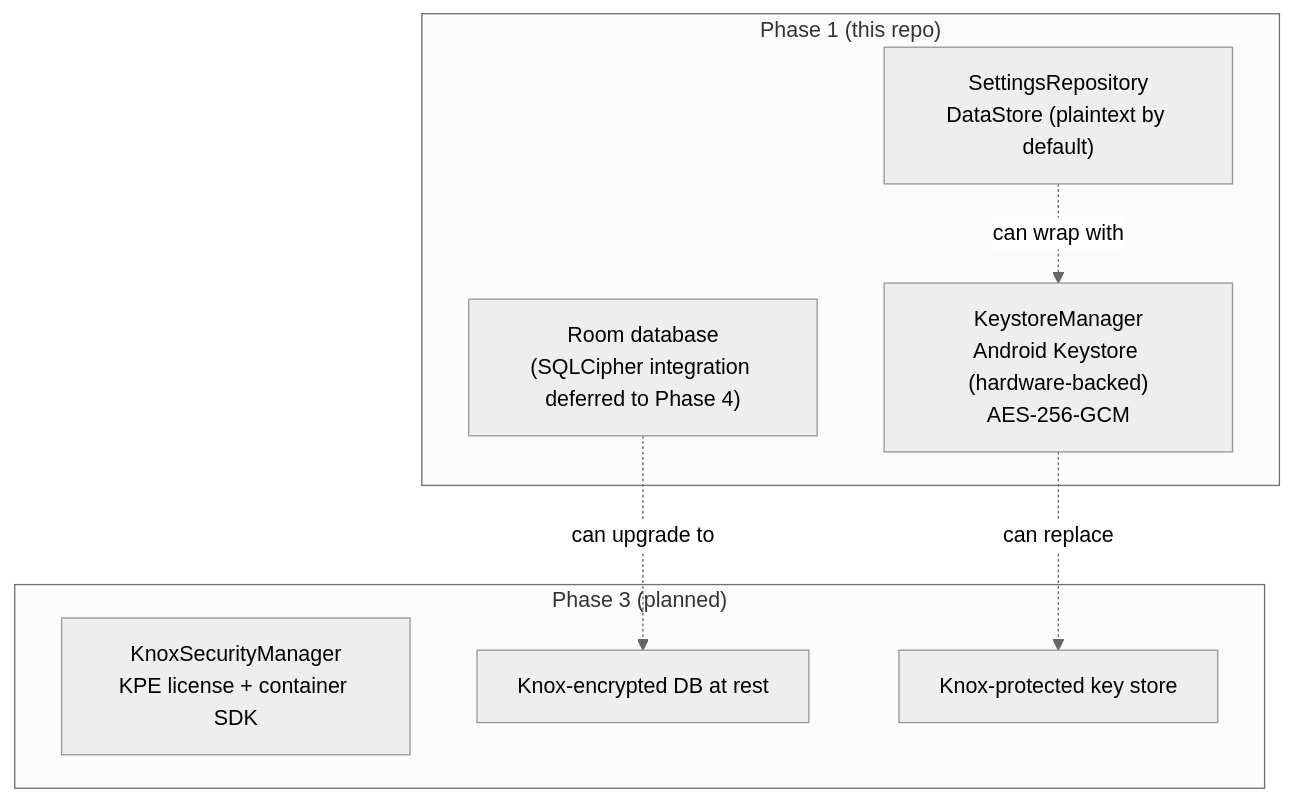
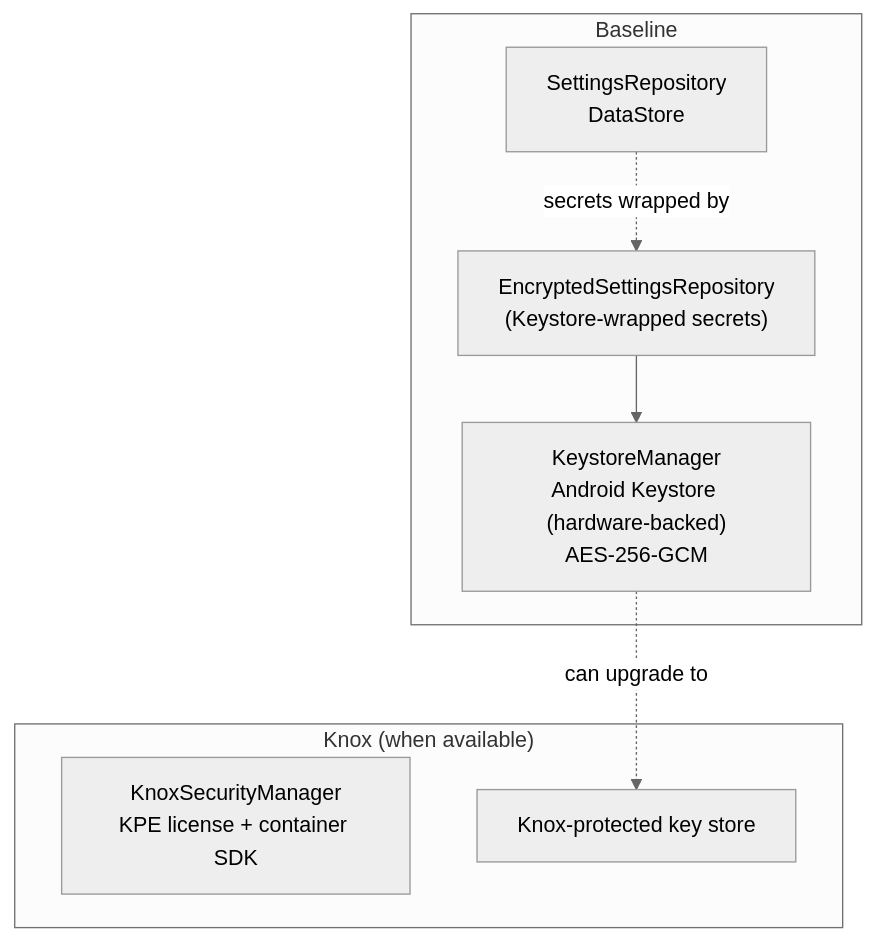
The sixth of 7 diagrams in docs/ARCHITECTURE.md (l3ad3r1/Hermes-Agent-Android), drawn with Mermaid (neutral theme) before and after one commit. The commit also changed other lines of this file and 3 other files, not shown here.

First line of the commit message:
refactor: remove dead on-device routing leftovers + refresh architecture doc

````diff
--- a/docs/ARCHITECTURE.md
+++ b/docs/ARCHITECTURE.md
@@ -281,18 +292,17 @@
 ```mermaid
 flowchart TB
-    subgraph Phase1["Phase 1 (this repo)"]
+    subgraph Base["Baseline"]
         Keystore["KeystoreManager\nAndroid Keystore (hardware-backed)\nAES-256-GCM"]
-        DataStore["SettingsRepository\nDataStore (plaintext by default)"]
-        RoomEnc["Room database\n(SQLCipher integration deferred to Phase 4)"]
+        DataStore["SettingsRepository\nDataStore"]
+        EncSettings["EncryptedSettingsRepository\n(Keystore-wrapped secrets)"]
     end
 
-    subgraph Phase3["Phase 3 (planned)"]
-        Knox["KnoxSecurityManager\nKPE license + container SDK"]
-        KnoxDB["Knox-encrypted DB at rest"]
+    subgraph Knox["Knox (when available)"]
+        KnoxMgr["KnoxSecurityManager\nKPE license + container SDK"]
         KnoxKey["Knox-protected key store"]
     end
 
-    Keystore -. can replace .-> KnoxKey
-    DataStore -. can wrap with .-> Keystore
-    RoomEnc -. can upgrade to .-> KnoxDB
+    DataStore -. secrets wrapped by .-> EncSettings
+    EncSettings --> Keystore
+    Keystore -. can upgrade to .-> KnoxKey
 ```
````
